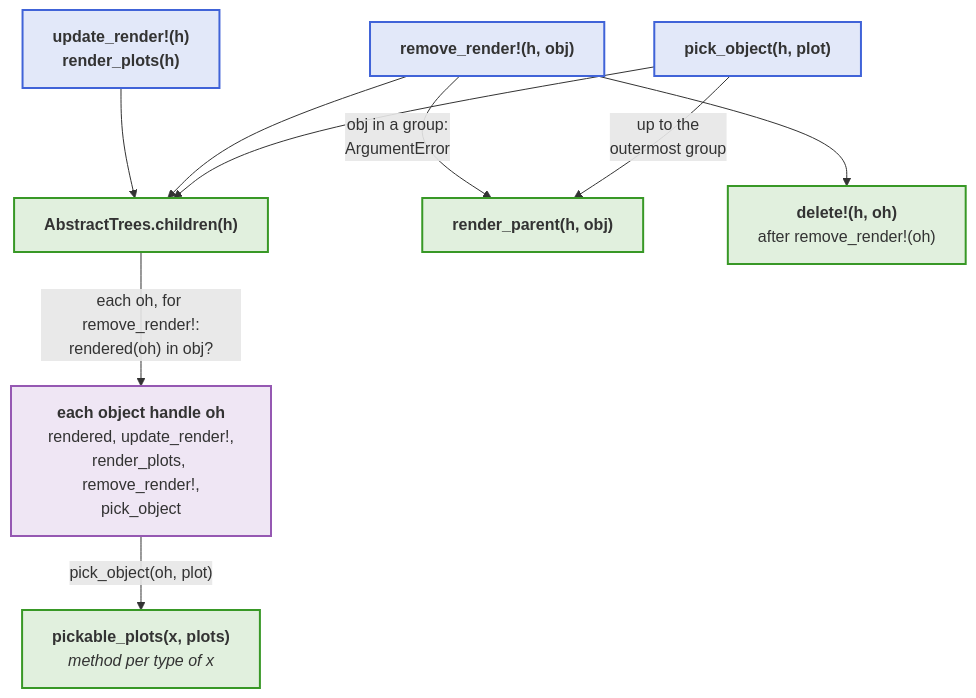
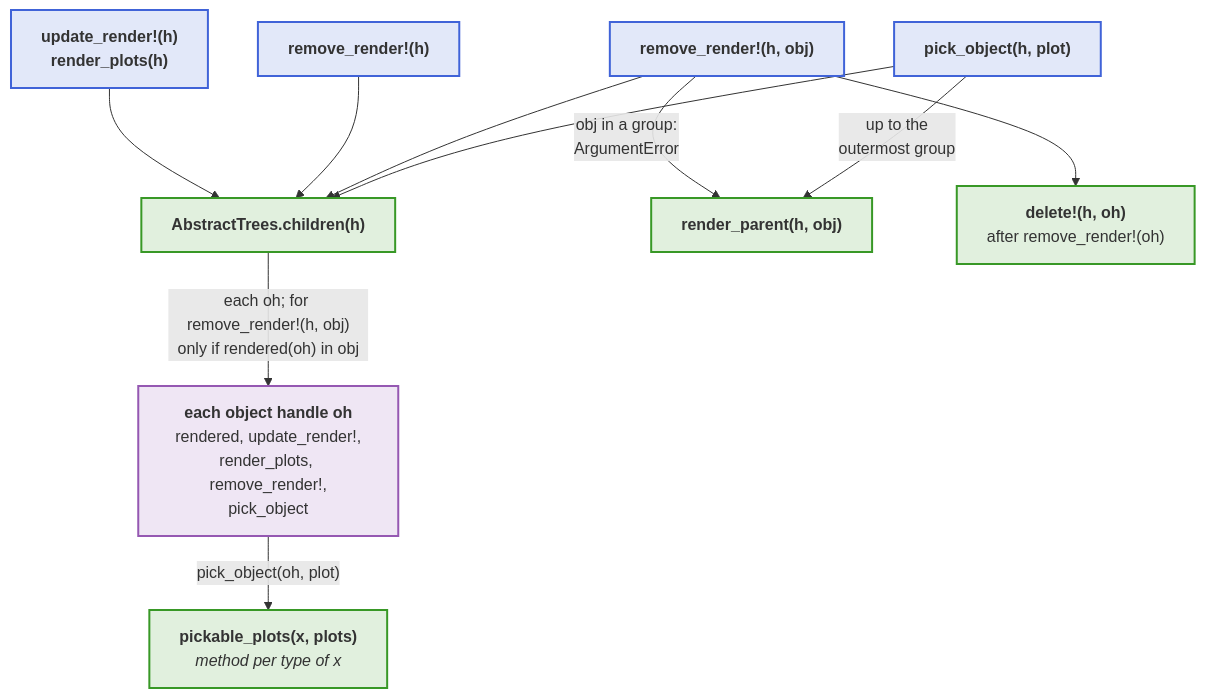
Before and after one commit to JuliaPhysics/BeamletOptics.jl: the third of 3 diagrams in docs/src/api/rendering.md, drawn with Mermaid. The commit also changed other lines of this file and 63 other files, not shown here.

First line of the commit message:
Docs: align docs and docstrings with the code, drop color legends of the diagrams

````diff
--- a/docs/src/api/rendering.md
+++ b/docs/src/api/rendering.md
@@ -99,27 +101,29 @@
 ```mermaid
 flowchart TB
     UR["<b>update_render!(h)</b><br/><b>render_plots(h)</b>"]
+    REM0["<b>remove_render!(h)</b>"]
     REM["<b>remove_render!(h, obj)</b>"]
     PCK["<b>pick_object(h, plot)</b>"]
     CH["<b>AbstractTrees.children(h)</b>"]
     PAR["<b>render_parent(h, obj)</b>"]
     DEL["<b>delete!(h, oh)</b><br/>after remove_render!(oh)"]
     OHM["<b>each object handle oh</b><br/>rendered, update_render!,<br/>render_plots, remove_render!,<br/>pick_object"]
     PP["<b>pickable_plots(x, plots)</b><br/><i>method per type of x</i>"]
 
     UR --> CH
+    REM0 --> CH
     REM --> CH
     REM -- "obj in a group:<br/>ArgumentError" --> PAR
     REM --> DEL
     PCK --> CH
     PCK -- "up to the<br/>outermost group" --> PAR
-    CH -- "each oh, for remove_render!:<br/>rendered(oh) in obj?" --> OHM
+    CH -- "each oh; for remove_render!(h, obj)<br/>only if rendered(oh) in obj" --> OHM
     OHM -- "pick_object(oh, plot)" --> PP
 
     classDef blue fill:#4063D826,stroke:#4063D8,stroke-width:2px
     classDef green fill:#38982626,stroke:#389826,stroke-width:2px
     classDef purple fill:#9558B226,stroke:#9558B2,stroke-width:2px
-    class UR,REM,PCK blue
+    class UR,REM0,REM,PCK blue
     class CH,PAR,DEL,PP green
     class OHM purple
 ```
````
